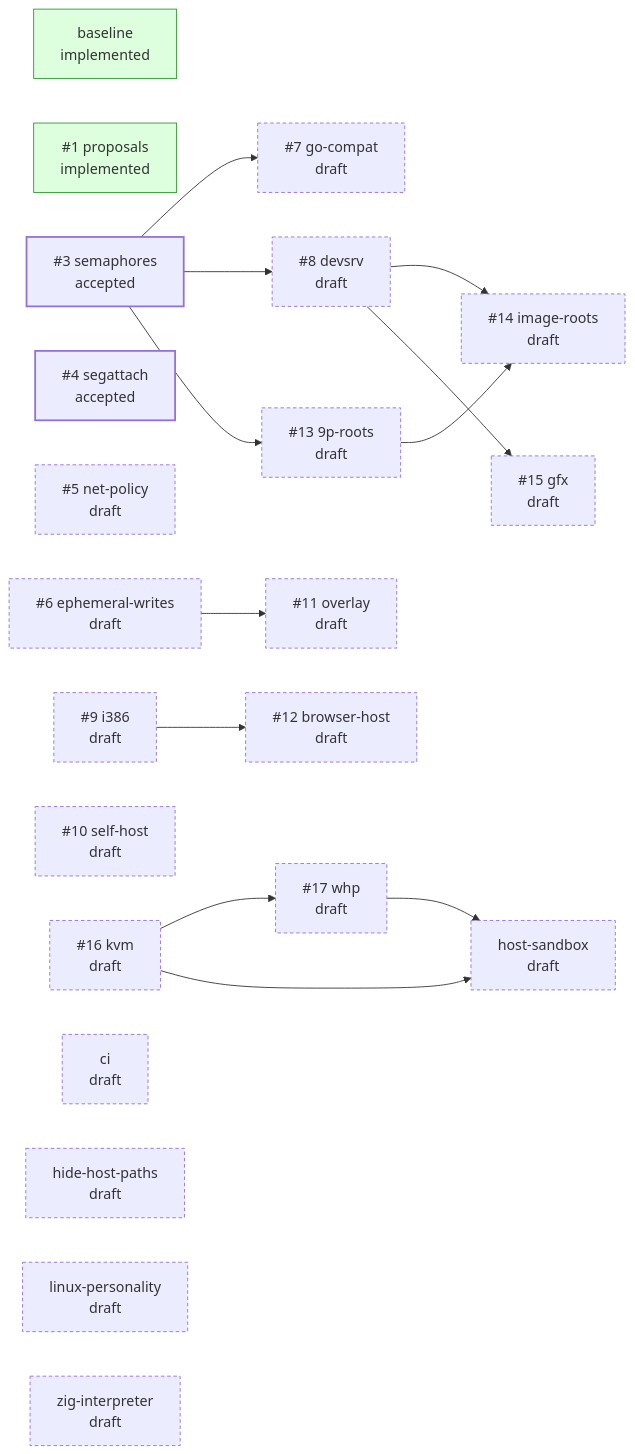
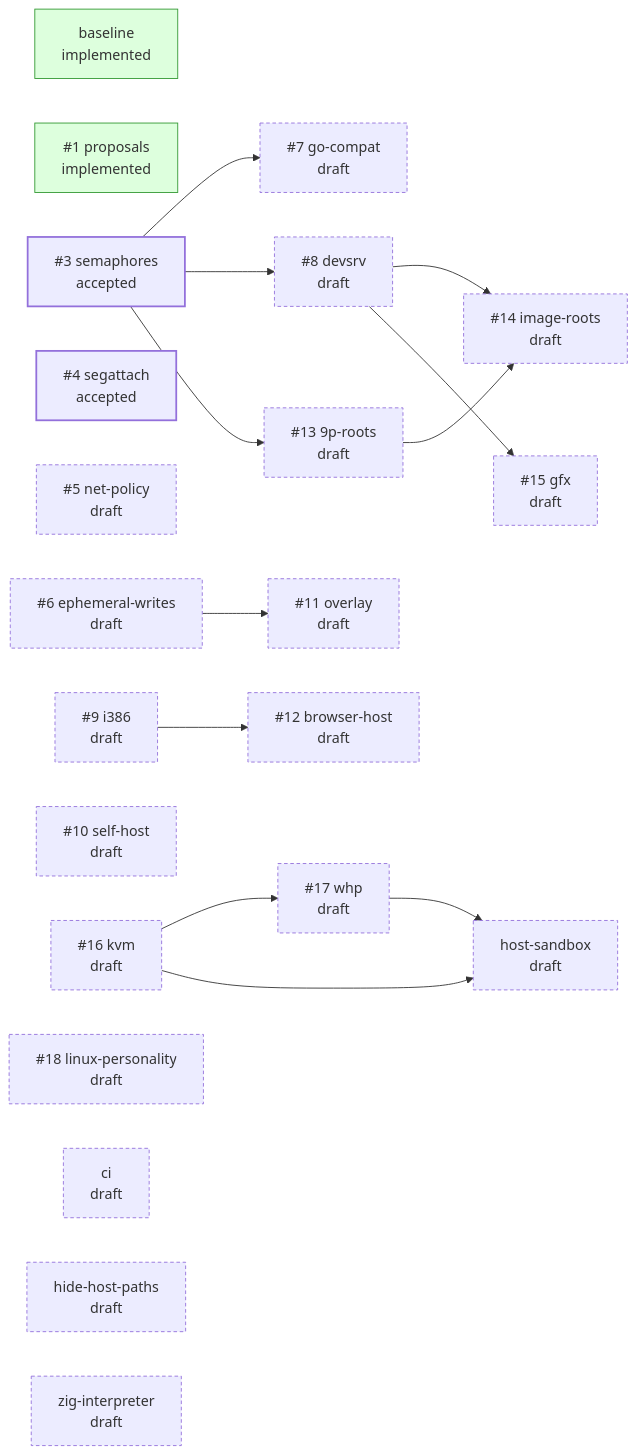
One commit to jpf/hyper9 changed the diagram in README.md. Above: the diagram before and after it, drawn with Mermaid. The commit also changed other lines of this file and 3 other files, not shown here.

Commit message:
design: file linux-personality as #18

````diff
--- a/README.md
+++ b/README.md
@@ -39,40 +39,40 @@
 ```mermaid
 flowchart LR
   classDef draft stroke-dasharray: 4 3
   classDef accepted stroke-width: 2px
   classDef implemented fill:#dfd,stroke:#393
   classDef closed fill:#eee,stroke:#999,color:#777
   p_baseline["baseline<br/>implemented"]:::implemented
   p_proposals["#35;1 proposals<br/>implemented"]:::implemented
   p_semaphores["#35;3 semaphores<br/>accepted"]:::accepted
   p_segattach["#35;4 segattach<br/>accepted"]:::accepted
   p_net_policy["#35;5 net-policy<br/>draft"]:::draft
   p_ephemeral_writes["#35;6 ephemeral-writes<br/>draft"]:::draft
   p_go_compat["#35;7 go-compat<br/>draft"]:::draft
   p_devsrv["#35;8 devsrv<br/>draft"]:::draft
   p_i386["#35;9 i386<br/>draft"]:::draft
   p_self_host["#35;10 self-host<br/>draft"]:::draft
   p_overlay["#35;11 overlay<br/>draft"]:::draft
   p_browser_host["#35;12 browser-host<br/>draft"]:::draft
   p_9p_roots["#35;13 9p-roots<br/>draft"]:::draft
   p_image_roots["#35;14 image-roots<br/>draft"]:::draft
   p_gfx["#35;15 gfx<br/>draft"]:::draft
   p_kvm["#35;16 kvm<br/>draft"]:::draft
   p_whp["#35;17 whp<br/>draft"]:::draft
+  p_linux_personality["#35;18 linux-personality<br/>draft"]:::draft
   p_ci["ci<br/>draft"]:::draft
   p_hide_host_paths["hide-host-paths<br/>draft"]:::draft
   p_host_sandbox["host-sandbox<br/>draft"]:::draft
-  p_linux_personality["linux-personality<br/>draft"]:::draft
   p_zig_interpreter["zig-interpreter<br/>draft"]:::draft
   p_semaphores --> p_go_compat
   p_semaphores --> p_devsrv
   p_ephemeral_writes --> p_overlay
   p_i386 --> p_browser_host
   p_semaphores --> p_9p_roots
   p_devsrv --> p_image_roots
   p_9p_roots --> p_image_roots
   p_devsrv --> p_gfx
   p_kvm --> p_whp
   p_kvm --> p_host_sandbox
   p_whp --> p_host_sandbox
 ```
````
